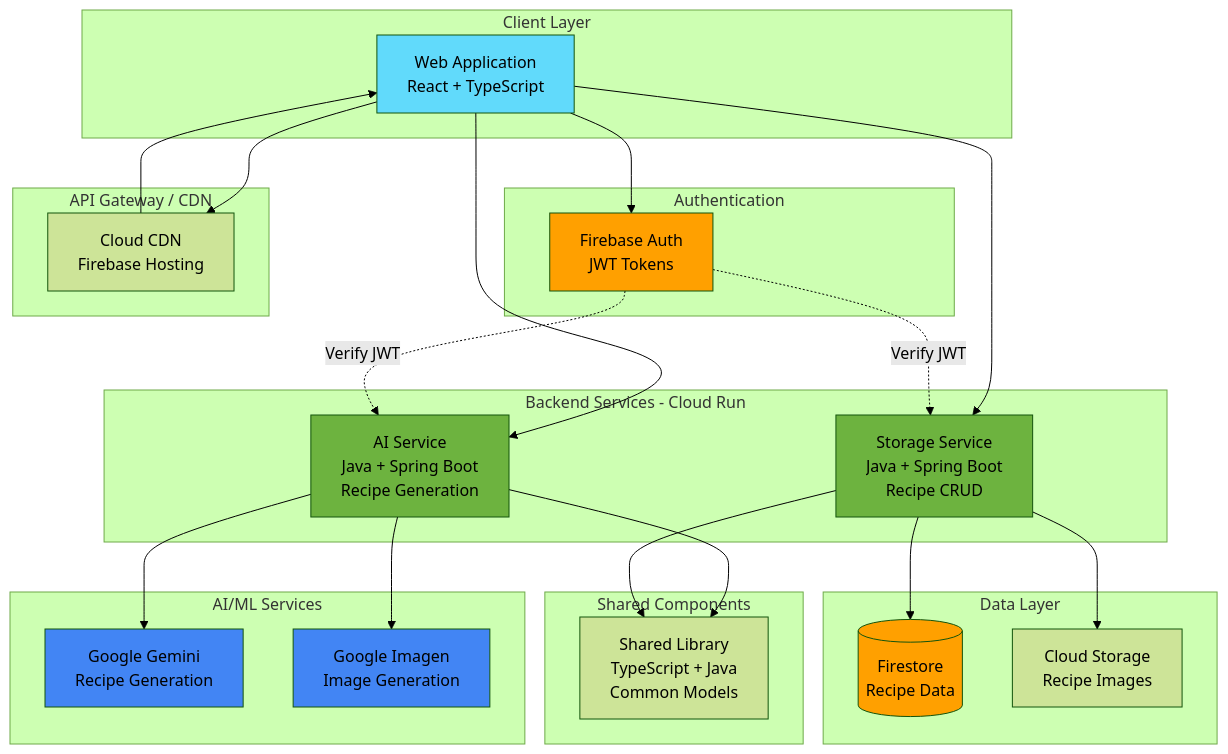
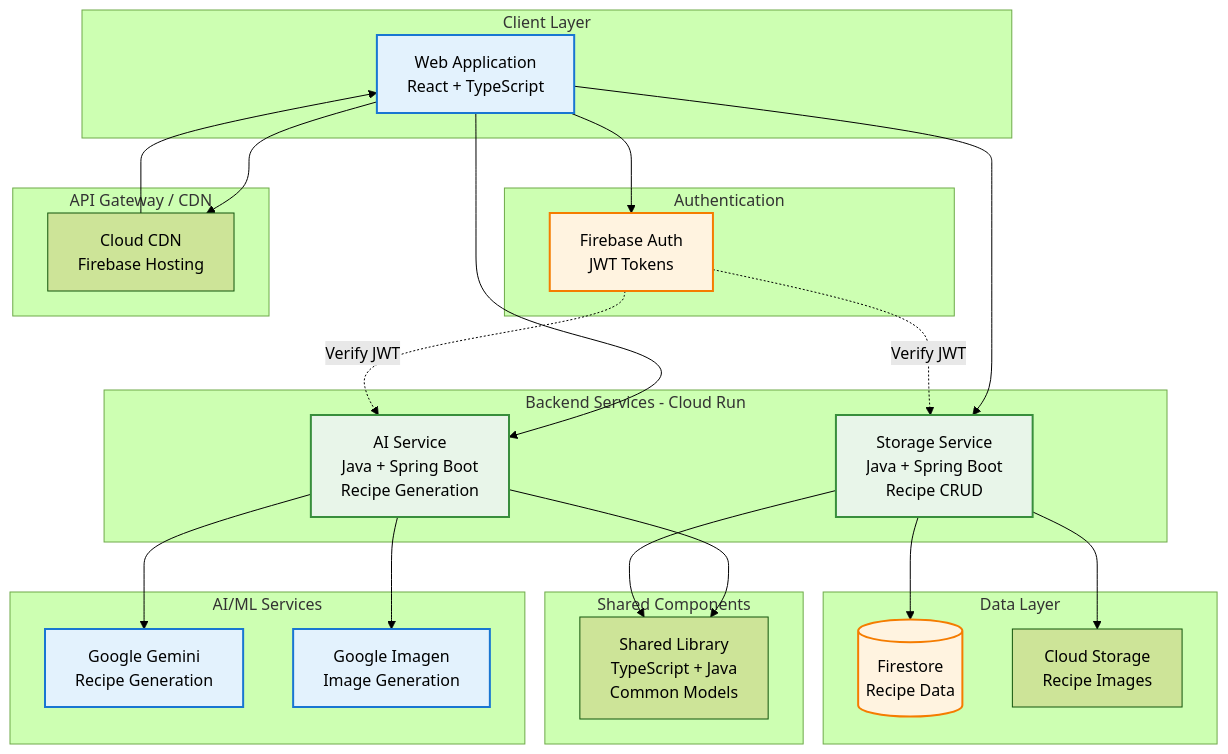
Before and after one commit to theandiman/recipe-management: the first of 5 diagrams in ARCHITECTURE.md, drawn with Mermaid (forest theme).

Commit message:
docs: Use lighter colors in architecture diagrams for better readability

````diff
--- a/ARCHITECTURE.md
+++ b/ARCHITECTURE.md
@@ -7,59 +7,59 @@
 ```mermaid
 graph TB
     subgraph "Client Layer"
         WebUI[Web Application<br/>React + TypeScript]
     end
     
     subgraph "Authentication"
         Firebase[Firebase Auth<br/>JWT Tokens]
     end
     
     subgraph "API Gateway / CDN"
         CloudCDN[Cloud CDN<br/>Firebase Hosting]
     end
     
     subgraph "Backend Services - Cloud Run"
         AIService[AI Service<br/>Java + Spring Boot<br/>Recipe Generation]
         StorageService[Storage Service<br/>Java + Spring Boot<br/>Recipe CRUD]
     end
     
     subgraph "AI/ML Services"
         Gemini[Google Gemini<br/>Recipe Generation]
         Imagen[Google Imagen<br/>Image Generation]
     end
     
     subgraph "Data Layer"
         Firestore[(Firestore<br/>Recipe Data)]
         CloudStorage[Cloud Storage<br/>Recipe Images]
     end
     
     subgraph "Shared Components"
         SharedLib[Shared Library<br/>TypeScript + Java<br/>Common Models]
     end
     
     WebUI --> CloudCDN
     WebUI --> Firebase
     CloudCDN --> WebUI
     
     WebUI --> AIService
     WebUI --> StorageService
     
     AIService --> Gemini
     AIService --> Imagen
     AIService --> SharedLib
     
     StorageService --> Firestore
     StorageService --> CloudStorage
     StorageService --> SharedLib
     
     Firebase -.->|Verify JWT| StorageService
     Firebase -.->|Verify JWT| AIService
     
-    style WebUI fill:#61DAFB
-    style AIService fill:#6DB33F
-    style StorageService fill:#6DB33F
-    style Firestore fill:#FFA000
-    style Firebase fill:#FFA000
-    style Gemini fill:#4285F4
-    style Imagen fill:#4285F4
+    style WebUI fill:#E3F2FD,stroke:#1976D2,stroke-width:2px
+    style AIService fill:#E8F5E9,stroke:#388E3C,stroke-width:2px
+    style StorageService fill:#E8F5E9,stroke:#388E3C,stroke-width:2px
+    style Firestore fill:#FFF3E0,stroke:#F57C00,stroke-width:2px
+    style Firebase fill:#FFF3E0,stroke:#F57C00,stroke-width:2px
+    style Gemini fill:#E3F2FD,stroke:#1976D2,stroke-width:2px
+    style Imagen fill:#E3F2FD,stroke:#1976D2,stroke-width:2px
 ```
````
